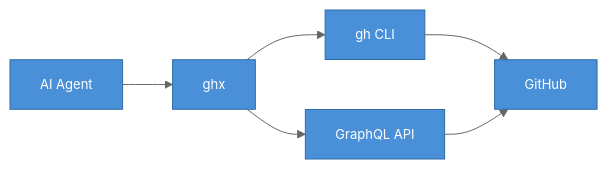
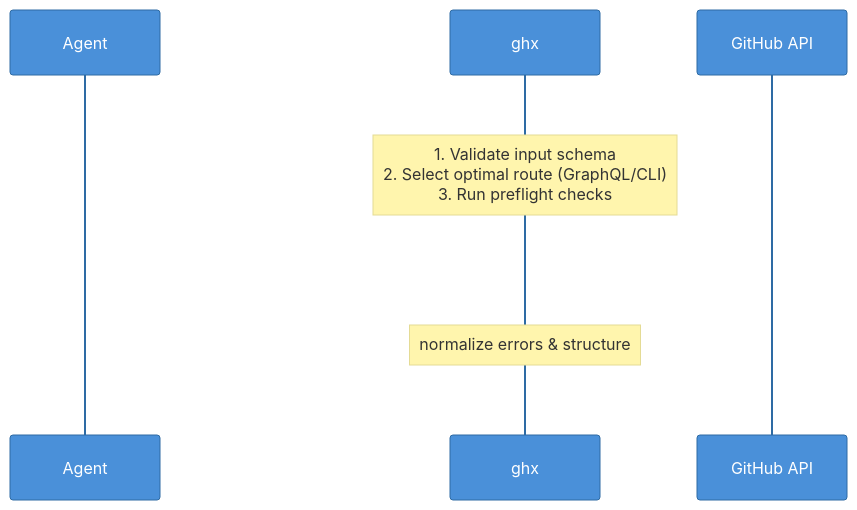
One commit to aryeko/ghx changed the diagram in README.md. Above: the diagram before and after it, drawn with Mermaid. The commit also changed other lines of this file and 15 other files, not shown here.

````diff
--- a/README.md
+++ b/README.md
@@ -10,9 +10,16 @@
 ```mermaid
 %%{init: {'theme': 'base', 'themeVariables': {'primaryColor': '#4A90D9', 'primaryTextColor': '#fff', 'primaryBorderColor': '#2E6BA4', 'lineColor': '#666', 'fontSize': '13px'}}}%%
-flowchart LR
-    Agent["AI Agent"] --> GHX["ghx"]
-    GHX --> CLI["gh CLI"]
-    GHX --> GQL["GraphQL API"]
-    CLI --> GH["GitHub"]
-    GQL --> GH
+sequenceDiagram
+    participant Agent
+    participant ghx as ghx
+    participant GH as GitHub API
+
+    Agent->>ghx: executeTask("pr.view", { owner, name, number })
+
+    Note over ghx: 1. Validate input schema<br/>2. Select optimal route (GraphQL/CLI)<br/>3. Run preflight checks
+    ghx->>GH: typed GraphQL request
+    GH-->>ghx: response
+    Note over ghx: normalize errors & structure
+
+    ghx-->>Agent: ResultEnvelope { ok: true, data: { ... } }
 ```
````
